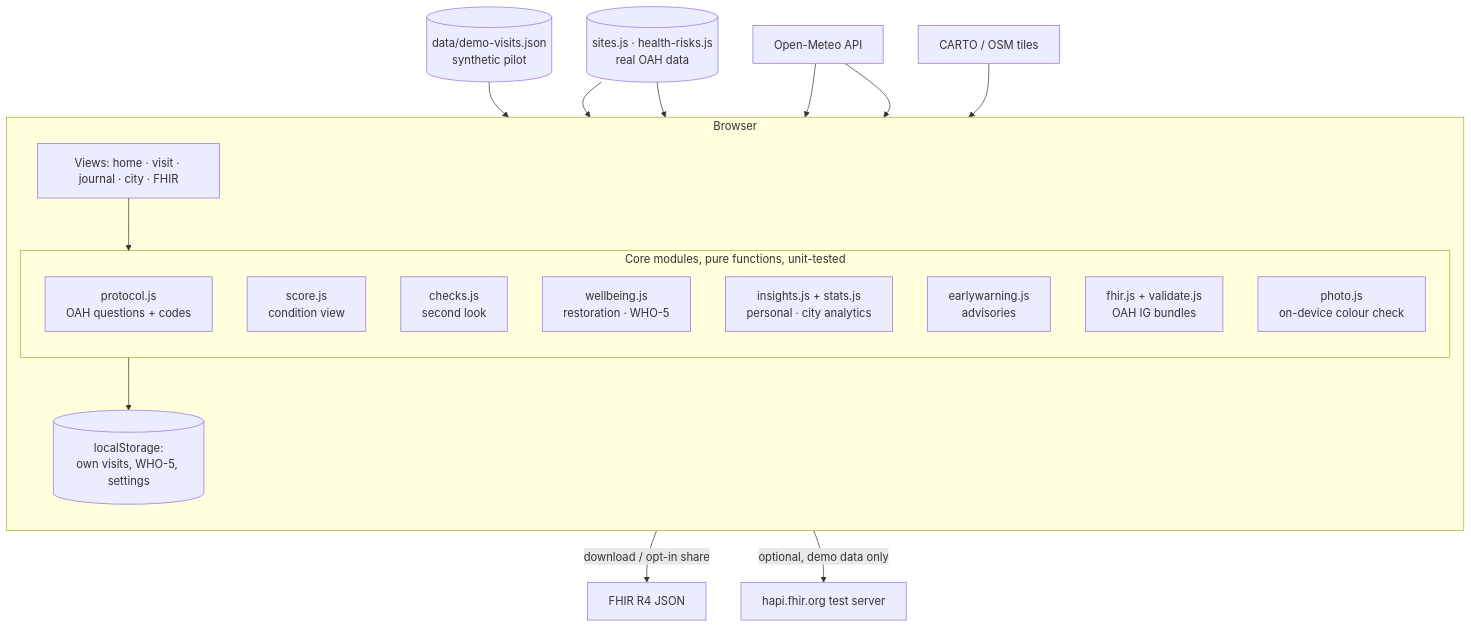
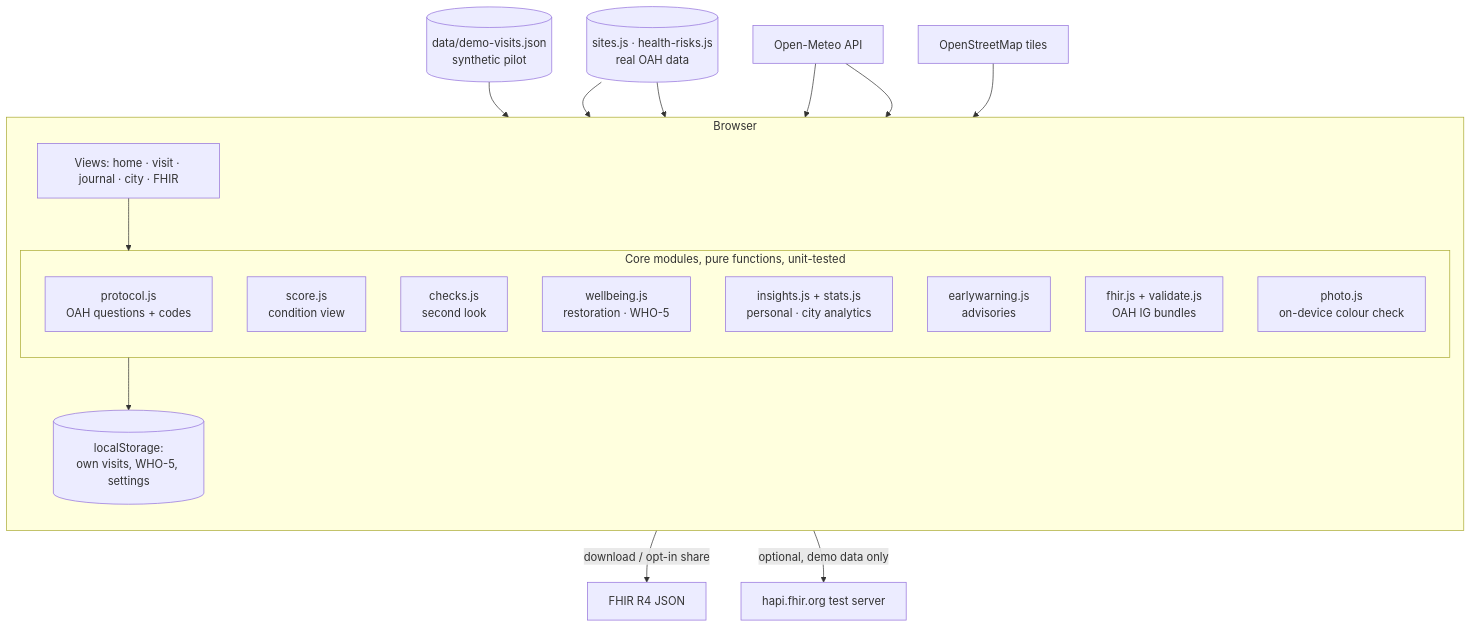
One commit to jiayi61/streamwell changed the diagram in docs/architecture.md. Above: the diagram before and after it, drawn with Mermaid. The commit also changed 14 other files, not shown here.

````diff
--- a/docs/architecture.md
+++ b/docs/architecture.md
@@ -5,26 +5,26 @@
 ```mermaid
 flowchart TB
   subgraph Browser
     direction TB
     UI[Views: home · visit · journal · city · FHIR] --> Core
     subgraph Core[Core modules, pure functions, unit-tested]
       P[protocol.js<br/>OAH questions + codes]
       S[score.js<br/>condition view]
       C[checks.js<br/>second look]
       W[wellbeing.js<br/>restoration · WHO-5]
       I[insights.js + stats.js<br/>personal · city analytics]
       E[earlywarning.js<br/>advisories]
       F[fhir.js + validate.js<br/>OAH IG bundles]
       PH[photo.js<br/>on-device colour check]
     end
     Core --> LS[(localStorage:<br/>own visits, WHO-5, settings)]
   end
   D[(data/demo-visits.json<br/>synthetic pilot)] --> I
   R[(sites.js · health-risks.js<br/>real OAH data)] --> I
   R --> E
   OM[Open-Meteo API] --> E
   OM --> C
   F -->|download / opt-in share| OUT[FHIR R4 JSON]
   F -->|optional, demo data only| HAPI[hapi.fhir.org test server]
-  T[CARTO / OSM tiles] --> UI
+  T[OpenStreetMap tiles] --> UI
 ```
````
